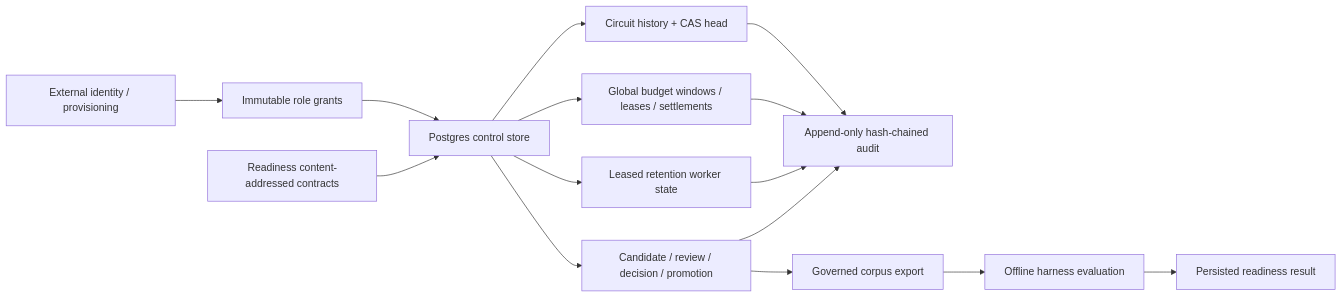
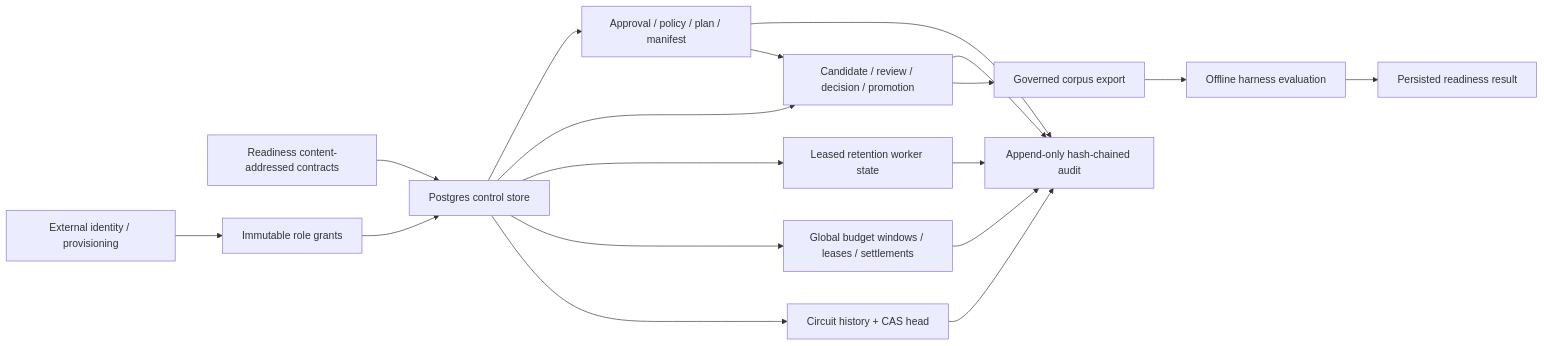
The diagram in docs/evm-chain-analysis-control-store.md (spencer17x/xxyy-ask), drawn with Mermaid before and after one commit. The commit also changed other lines of this file and 23 other files, not shown here.

````diff
--- a/docs/evm-chain-analysis-control-store.md
+++ b/docs/evm-chain-analysis-control-store.md
@@ -19,17 +19,20 @@
 ```mermaid
 flowchart LR
   Contract["Readiness content-addressed contracts"] --> Store["Postgres control store"]
   Identity["External identity / provisioning"] --> Grant["Immutable role grants"]
   Grant --> Store
+  Store --> Sampling["Approval / policy / plan / manifest"]
   Store --> Governance["Candidate / review / decision / promotion"]
   Store --> Retention["Leased retention worker state"]
   Store --> Budget["Global budget windows / leases / settlements"]
   Store --> Circuit["Circuit history + CAS head"]
   Governance --> Audit["Append-only hash-chained audit"]
   Retention --> Audit
   Budget --> Audit
   Circuit --> Audit
+  Sampling --> Audit
+  Sampling --> Governance
   Governance --> Export["Governed corpus export"]
   Export --> Harness["Offline harness evaluation"]
   Harness --> Attestation["Persisted readiness result"]
 ```
````
